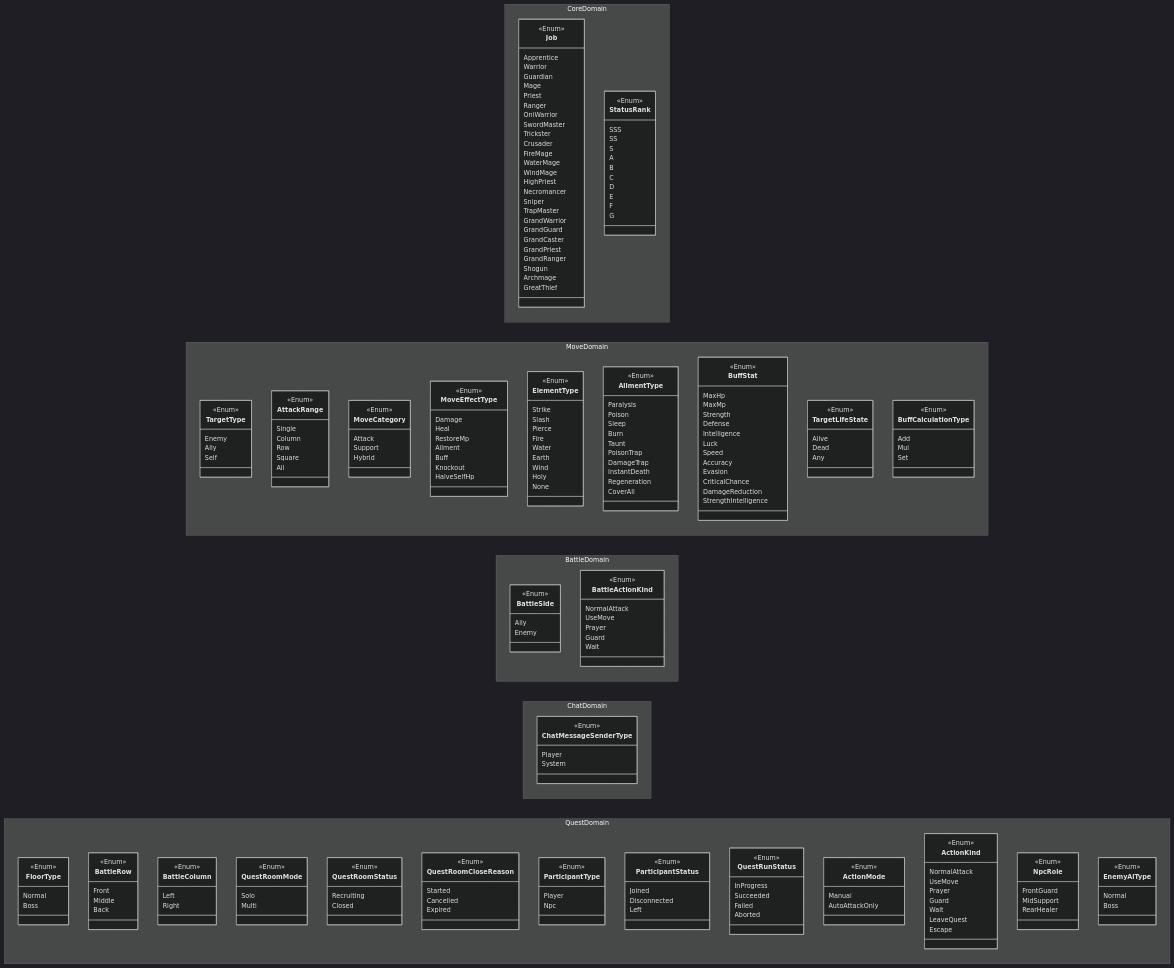
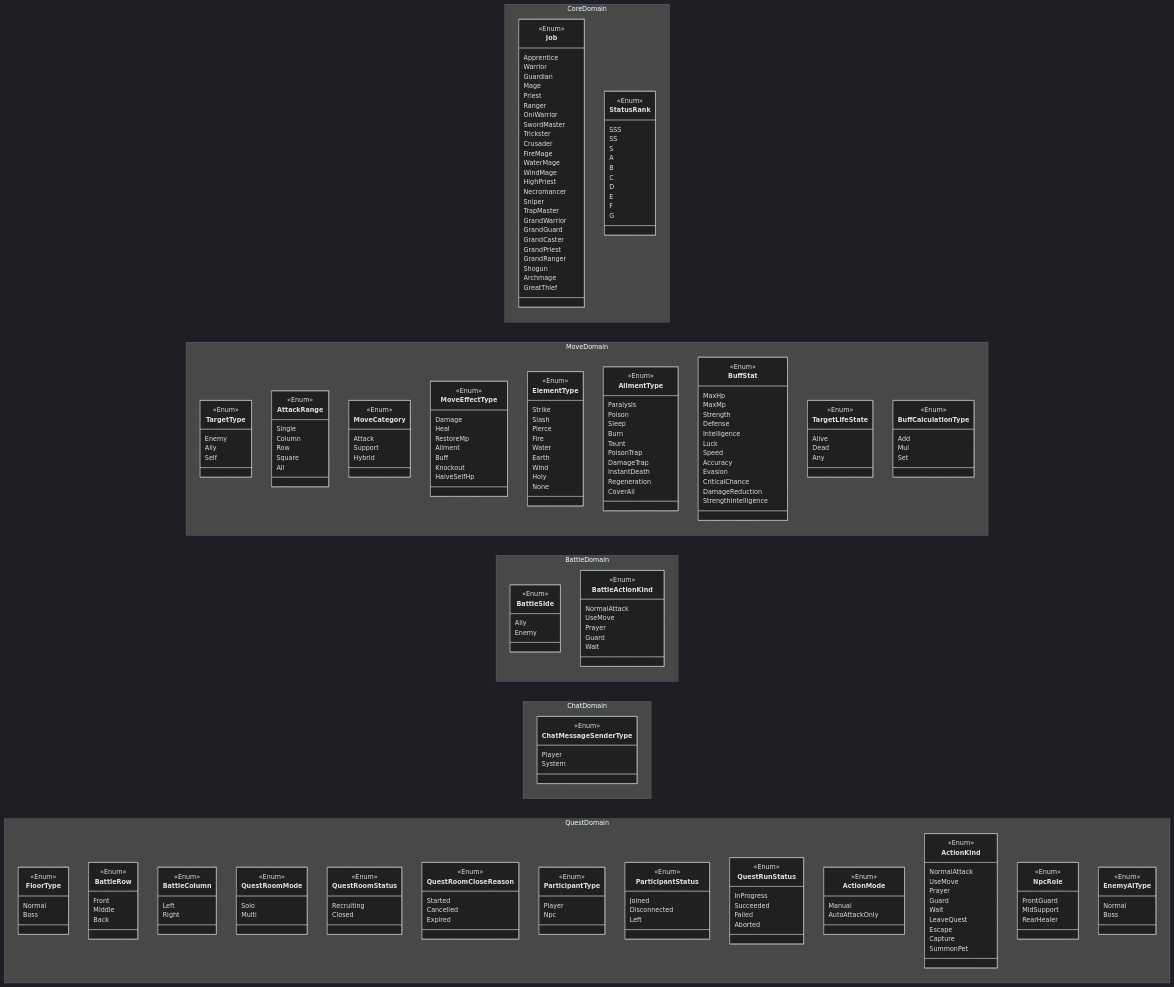
The diagram in docs/common/01_Enum.mmd (ayumu203/nisekue), drawn with Mermaid (dark theme) before and after one commit. The commit also changed 4 other files, not shown here.

```diff
--- a/docs/common/01_Enum.mmd
+++ b/docs/common/01_Enum.mmd
@@ -238,6 +238,8 @@
             Wait
             LeaveQuest
             Escape
+            Capture
+            SummonPet
         }
 
         class NpcRole {
```
